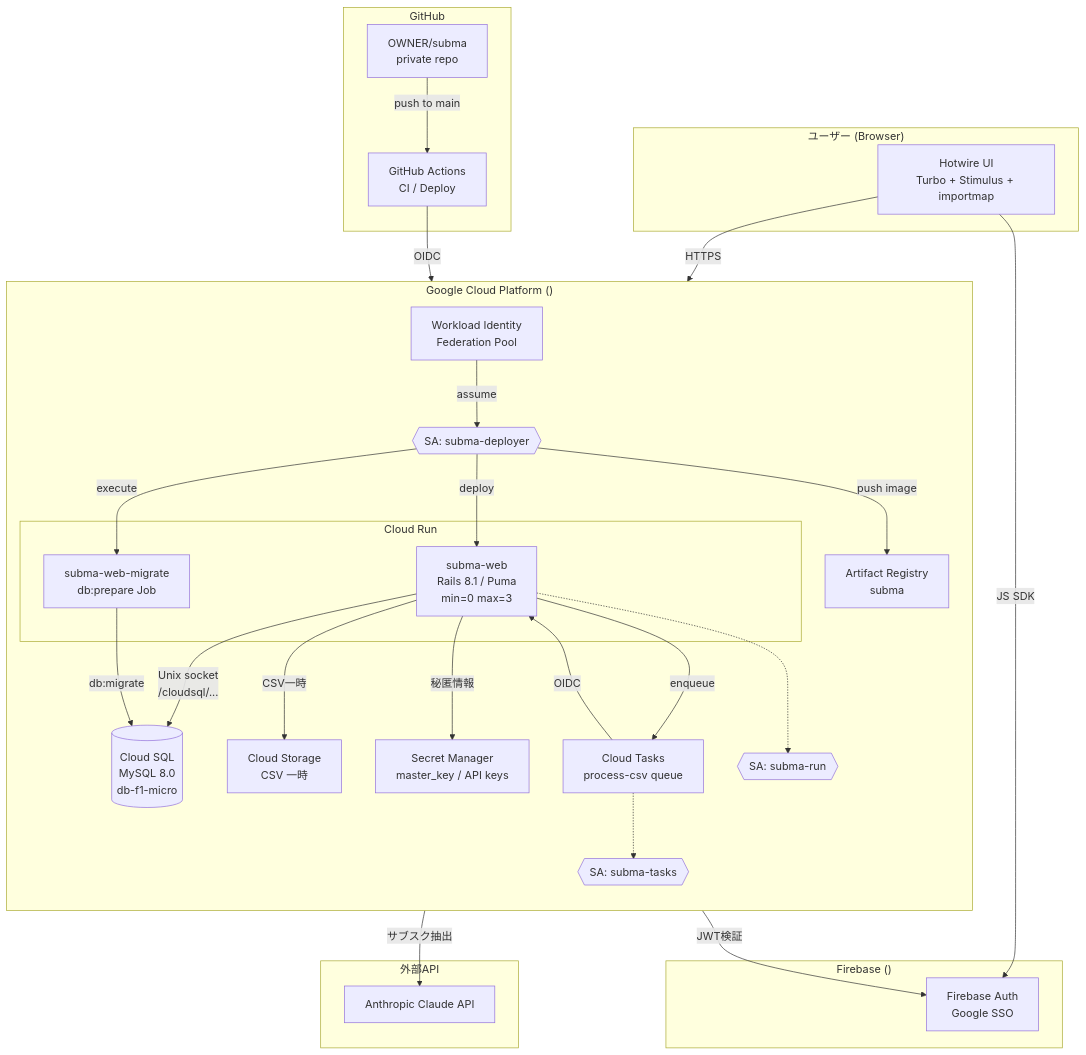
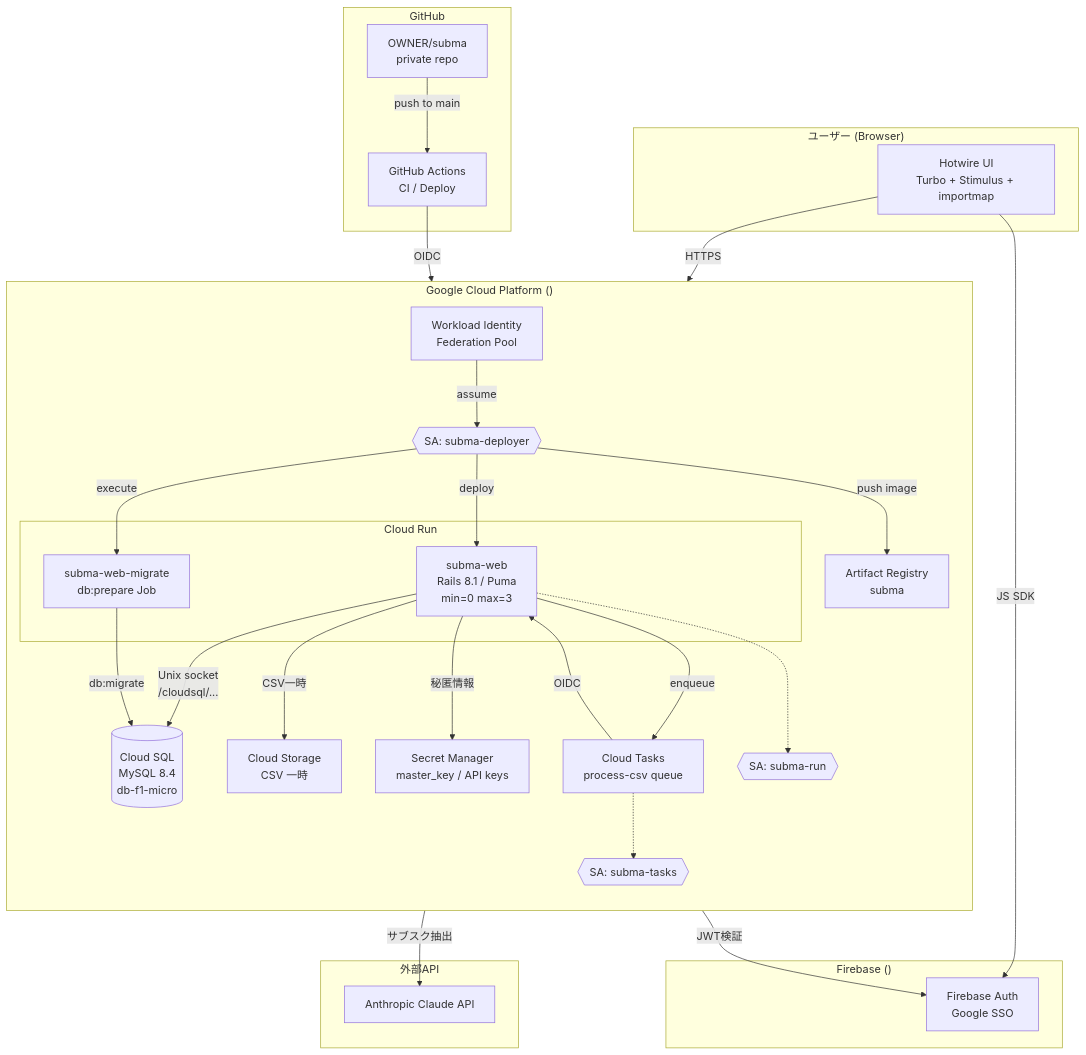
The first of 3 diagrams in docs/infrastructure-notes.md (marukaty/subma), drawn with Mermaid before and after one commit. The commit also changed other lines of this file and 7 other files, not shown here.

First line of the commit message:
MySQL を 8.4 に更新（Cloud SQL・開発用・CI）

````diff
--- a/docs/infrastructure-notes.md
+++ b/docs/infrastructure-notes.md
@@ -20,56 +20,56 @@
 ```mermaid
 graph TB
   subgraph Client["ユーザー (Browser)"]
     Browser[Hotwire UI<br/>Turbo + Stimulus + importmap]
   end
 
   subgraph GitHub["GitHub"]
     Repo[OWNER/subma<br/>private repo]
     Actions[GitHub Actions<br/>CI / Deploy]
   end
 
   subgraph GCP["Google Cloud Platform (<PROJECT_ID>)"]
     direction TB
     AR[Artifact Registry<br/>subma]
     subgraph CloudRun["Cloud Run"]
       Service[subma-web<br/>Rails 8.1 / Puma<br/>min=0 max=3]
       Job[subma-web-migrate<br/>db:prepare Job]
     end
-    SQL[(Cloud SQL<br/>MySQL 8.0<br/>db-f1-micro)]
+    SQL[(Cloud SQL<br/>MySQL 8.4<br/>db-f1-micro)]
     Storage[Cloud Storage<br/>CSV 一時]
     SM[Secret Manager<br/>master_key / API keys]
     Tasks[Cloud Tasks<br/>process-csv queue]
     WIF[Workload Identity<br/>Federation Pool]
     SA1{{SA: subma-run}}
     SA2{{SA: subma-tasks}}
     SA3{{SA: subma-deployer}}
   end
 
   subgraph Firebase["Firebase (<PROJECT_ID>)"]
     Auth[Firebase Auth<br/>Google SSO]
   end
 
   subgraph External["外部API"]
     Claude[Anthropic Claude API]
   end
 
   Browser -->|HTTPS| Service
   Browser -->|JS SDK| Auth
   Service -->|JWT検証| Auth
   Service -->|Unix socket<br/>/cloudsql/...| SQL
   Service -->|CSV一時| Storage
   Service -->|秘匿情報| SM
   Service -->|サブスク抽出| Claude
   Service -->|enqueue| Tasks
   Tasks -->|OIDC| Service
   Service -.->SA1
   Tasks -.->SA2
 
   Repo -->|push to main| Actions
   Actions -->|OIDC| WIF
   WIF -->|assume| SA3
   SA3 -->|push image| AR
   SA3 -->|deploy| Service
   SA3 -->|execute| Job
   Job -->|db:migrate| SQL
 ```
````
